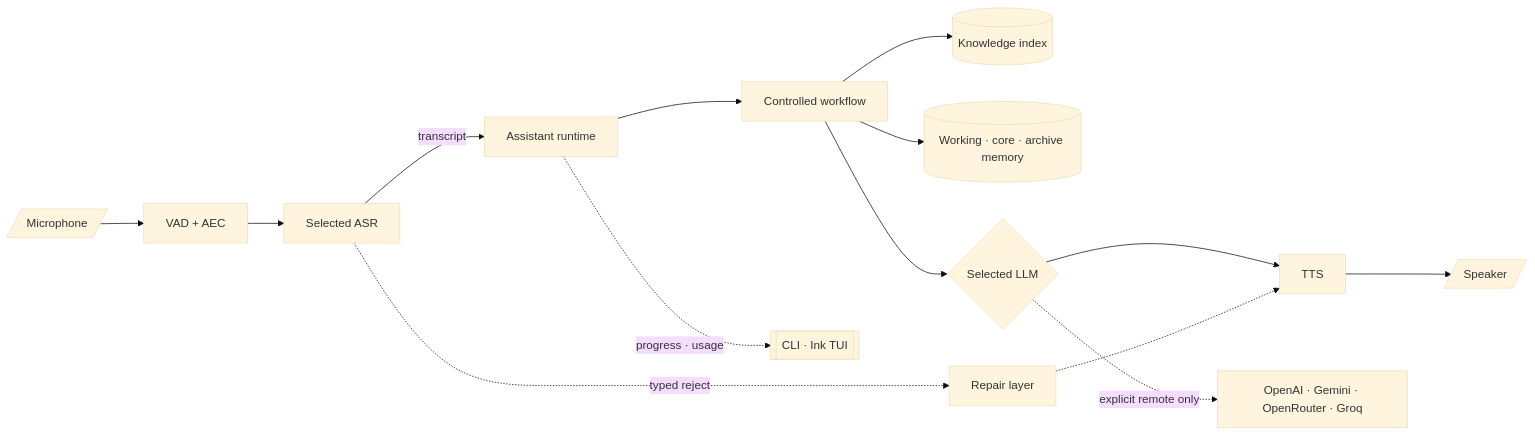
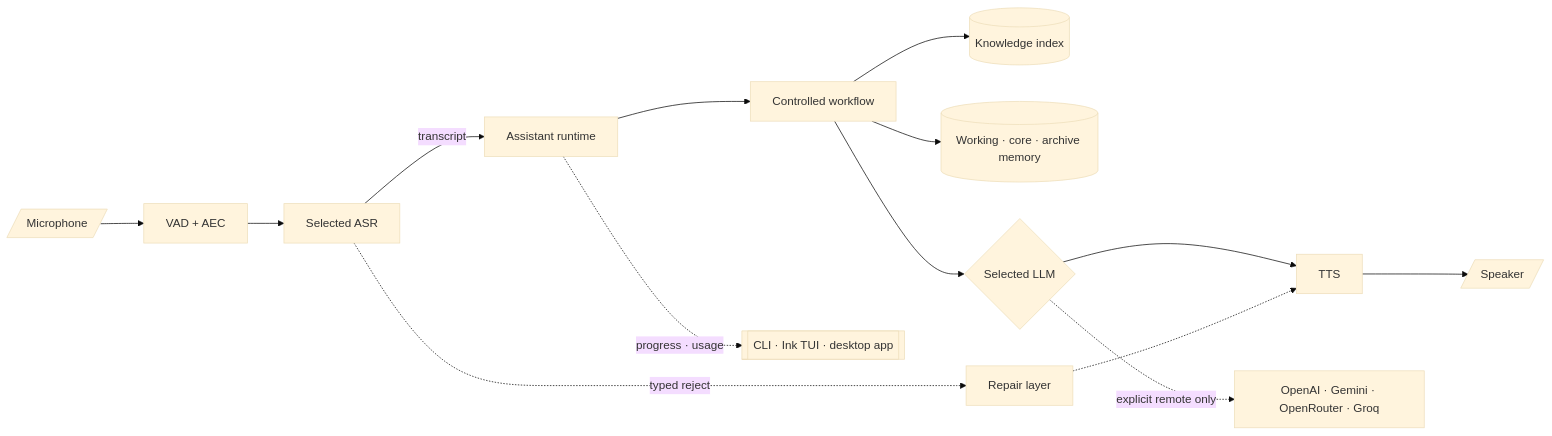
Before and after one commit to finalflash159/soca: the diagram in README.md, drawn with Mermaid (base theme). The commit also changed other lines of this file, not shown here.

Commit message:
docs: record the desktop app and this update in the README

````diff
--- a/README.md
+++ b/README.md
@@ -78,16 +116,16 @@
 ```mermaid
 flowchart LR
     MIC[/Microphone/] --> AUDIO[VAD + AEC]
     AUDIO --> ASR[Selected ASR]
     ASR -->|transcript| RT[Assistant runtime]
     RT --> WF[Controlled workflow]
     WF --> KNOW[(Knowledge index)]
     WF --> MEM[(Working · core · archive memory)]
     WF --> LLM{Selected LLM}
     LLM --> TTS[TTS]
     TTS --> SPK[/Speaker/]
     ASR -. typed reject .-> REPAIR[Repair layer]
     REPAIR -.-> TTS
-    RT -. progress · usage .-> UI[[CLI · Ink TUI]]
+    RT -. progress · usage .-> UI[[CLI · Ink TUI · desktop app]]
     LLM -. explicit remote only .-> REMOTE[OpenAI · Gemini · OpenRouter · Groq]
 ```
````
